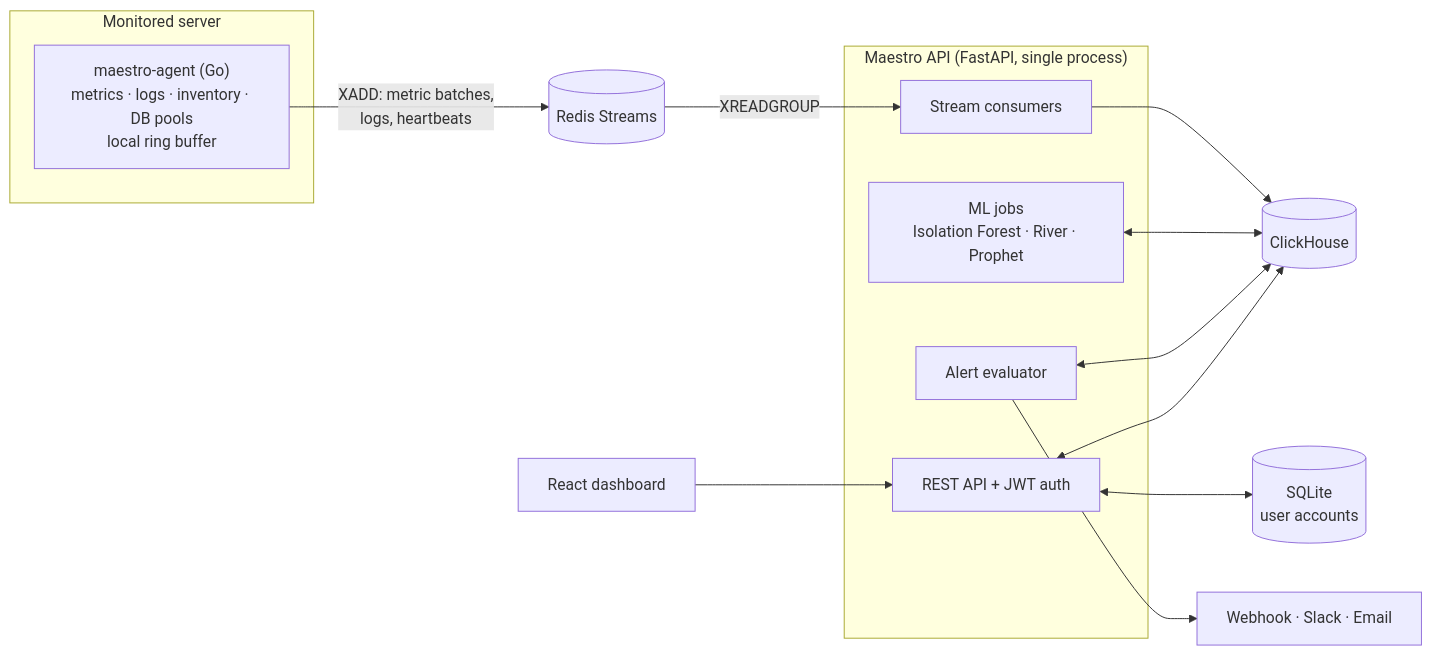
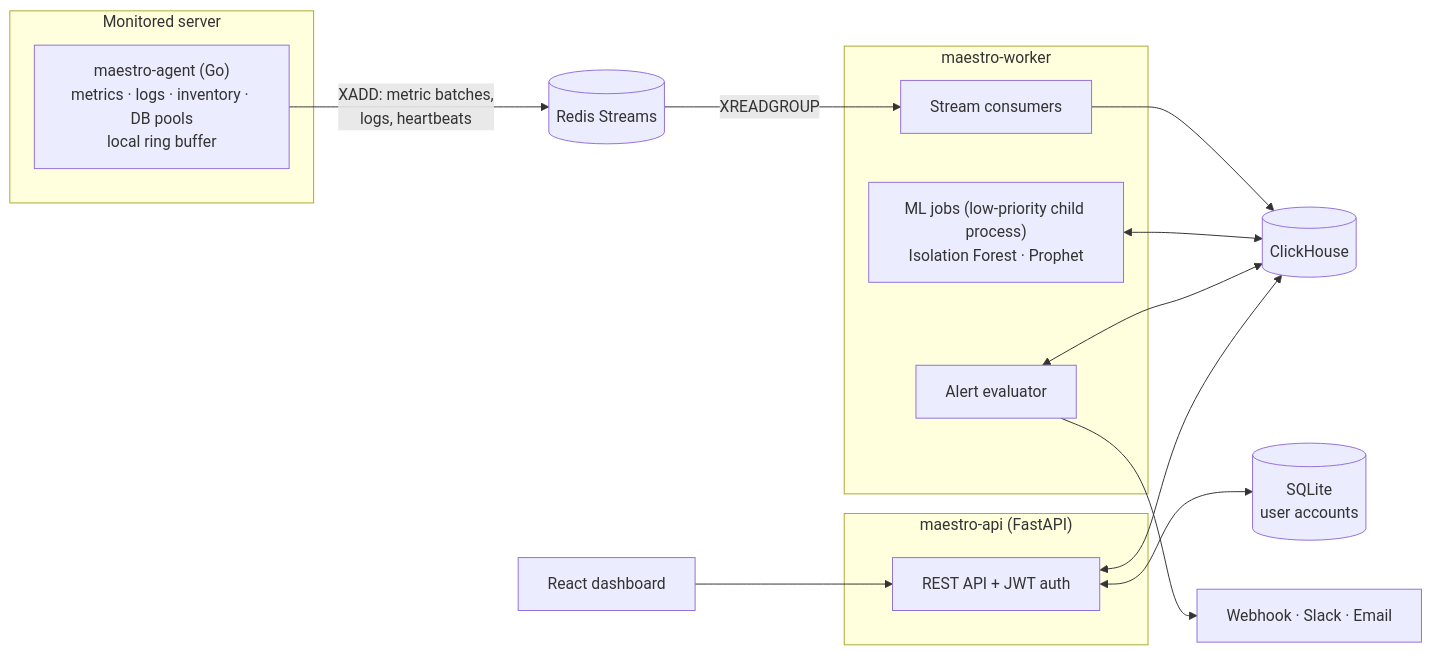
The diagram in README.md (yuriPeixoto/maestro), drawn with Mermaid before and after one commit. The commit also changed other lines of this file and 23 other files, not shown here.

First line of the commit message:
feat: separate worker process, ML in a low-priority child process, River removed (#106)

````diff
--- a/README.md
+++ b/README.md
@@ -26,24 +26,27 @@
 ```mermaid
 flowchart LR
     subgraph host["Monitored server"]
         agent["maestro-agent (Go)<br/>metrics · logs · inventory · DB pools<br/>local ring buffer"]
     end
 
     agent -- "XADD: metric batches,<br/>logs, heartbeats" --> redis[("Redis Streams")]
 
-    subgraph api["Maestro API (FastAPI, single process)"]
+    subgraph worker["maestro-worker"]
         consumers["Stream consumers"]
         evaluator["Alert evaluator"]
-        ml["ML jobs<br/>Isolation Forest · River · Prophet"]
+        ml["ML jobs (low-priority child process)<br/>Isolation Forest · Prophet"]
+    end
+
+    subgraph api["maestro-api (FastAPI)"]
         rest["REST API + JWT auth"]
     end
 
     redis -- "XREADGROUP" --> consumers
     consumers --> ch[("ClickHouse")]
     ml <--> ch
     evaluator <--> ch
     rest <--> ch
     rest <--> sqlite[("SQLite<br/>user accounts")]
     evaluator --> channels["Webhook · Slack · Email"]
     ui["React dashboard"] --> rest
 ```
````
